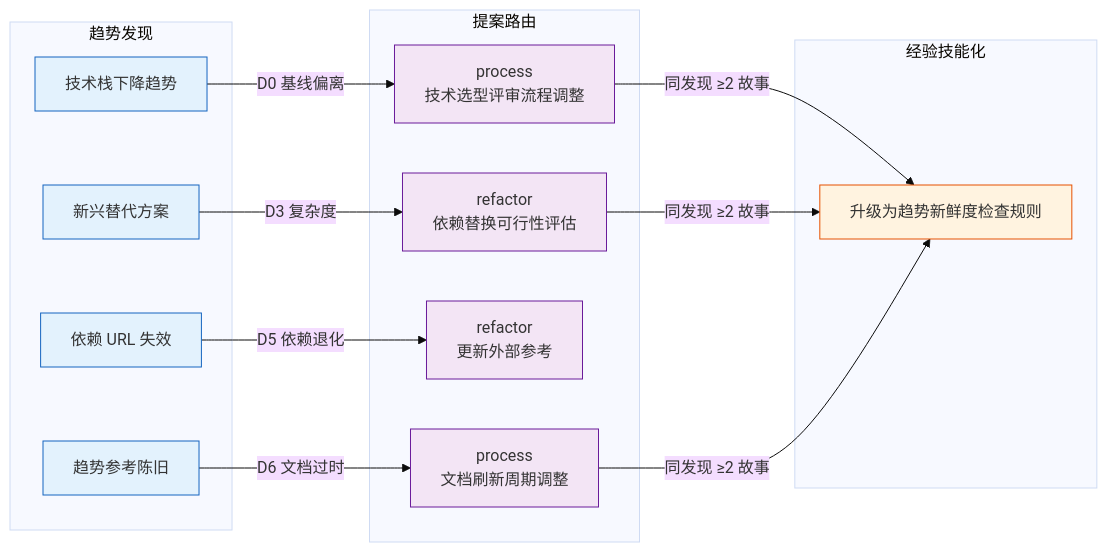
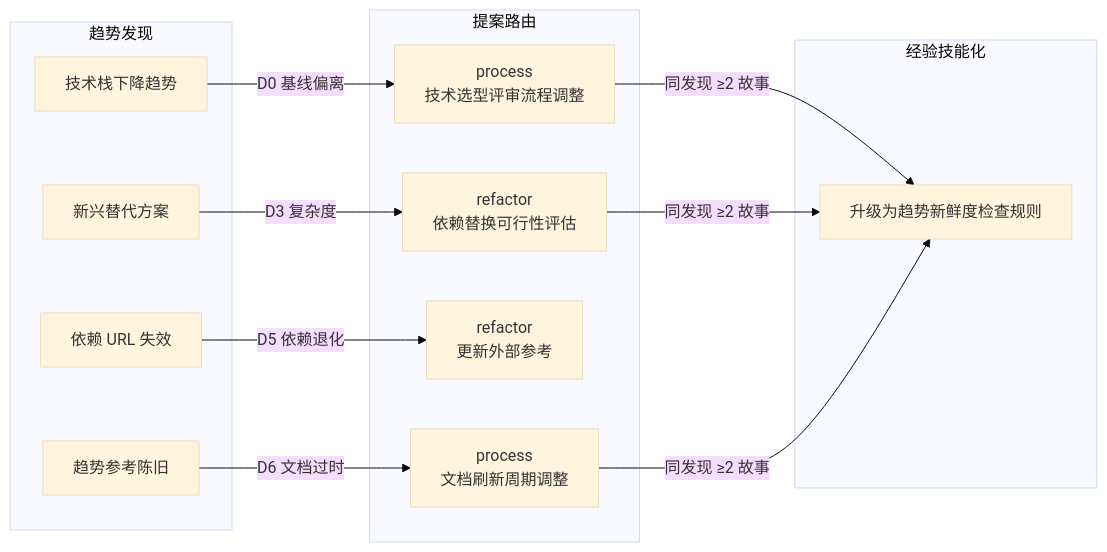
Before and after one commit to effiy/YrY: the third of 4 diagrams in skills/rui-trends/SKILL.md, drawn with Mermaid (base theme). The commit also changed other lines of this file and 61 other files, not shown here.

````diff
--- a/skills/rui-trends/SKILL.md
+++ b/skills/rui-trends/SKILL.md
@@ -178,24 +171,21 @@
 ```mermaid
 flowchart LR
     subgraph 发现["趋势发现"]
         F1["技术栈下降趋势"]:::find
         F2["新兴替代方案"]:::find
         F3["依赖 URL 失效"]:::find
         F4["趋势参考陈旧"]:::find
     end
 
     subgraph 路由["提案路由"]
         F1 -->|"D0 基线偏离"| PRC["process<br/>技术选型评审流程调整"]:::prop
         F2 -->|"D3 复杂度"| REF["refactor<br/>依赖替换可行性评估"]:::prop
         F3 -->|"D5 依赖退化"| REF2["refactor<br/>更新外部参考"]:::prop
         F4 -->|"D6 文档过时"| PRC2["process<br/>文档刷新周期调整"]:::prop
     end
 
     subgraph 升级["经验技能化"]
         PRC & REF & PRC2 -->|"同发现 ≥2 故事"| UP["升级为趋势新鲜度检查规则"]:::up
     end
 
-    classDef find fill:#e3f2fd,stroke:#1565c0;
-    classDef prop fill:#f3e5f5,stroke:#6a1b9a;
-    classDef up fill:#fff3e0,stroke:#e65100;
 ```
````
